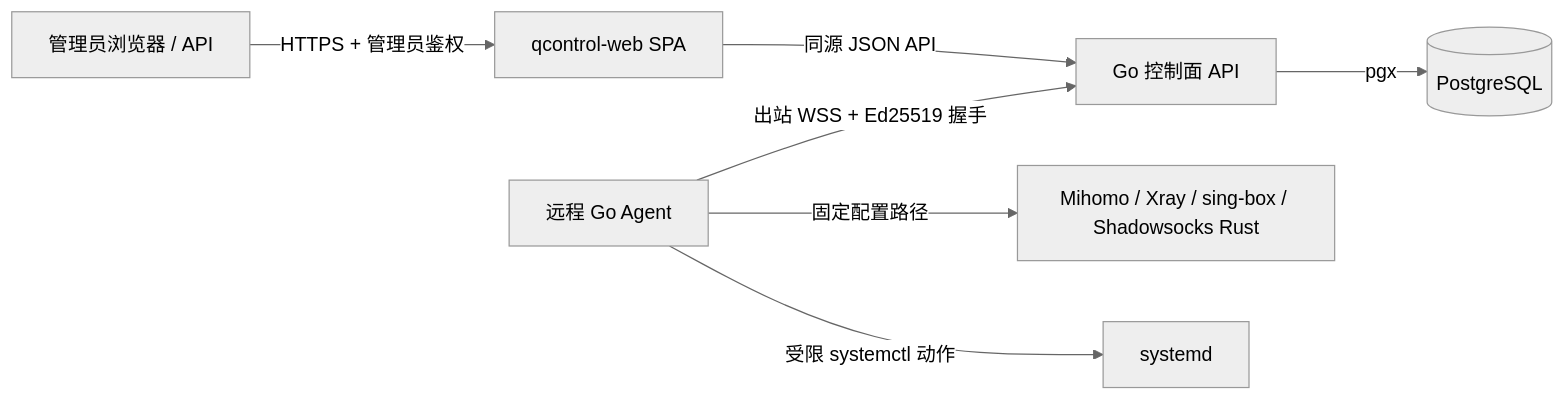
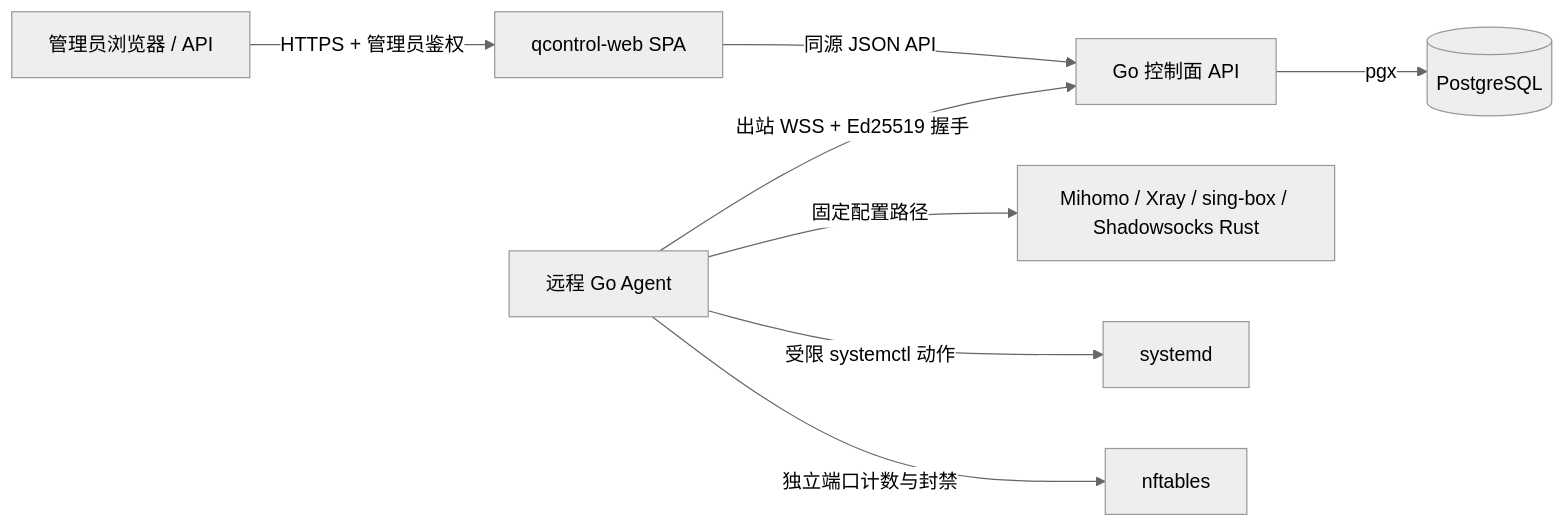
The diagram in README.md (qimaoww/QControlHub), drawn with Mermaid (neutral theme) before and after one commit. The commit also changed other lines of this file and 26 other files, not shown here.

````diff
--- a/README.md
+++ b/README.md
@@ -28,9 +29,10 @@
 ```mermaid
 flowchart LR
     Admin["管理员浏览器 / API"] -->|"HTTPS + 管理员鉴权"| WEB["qcontrol-web SPA"]
     WEB -->|"同源 JSON API"| CP["Go 控制面 API"]
     CP -->|"pgx"| PG[("PostgreSQL")]
     Agent["远程 Go Agent"] -->|"出站 WSS + Ed25519 握手"| CP
     Agent -->|"固定配置路径"| Engines["Mihomo / Xray / sing-box / Shadowsocks Rust"]
     Agent -->|"受限 systemctl 动作"| Systemd["systemd"]
+    Agent -->|"独立端口计数与封禁"| NFT["nftables"]
 ```
````
